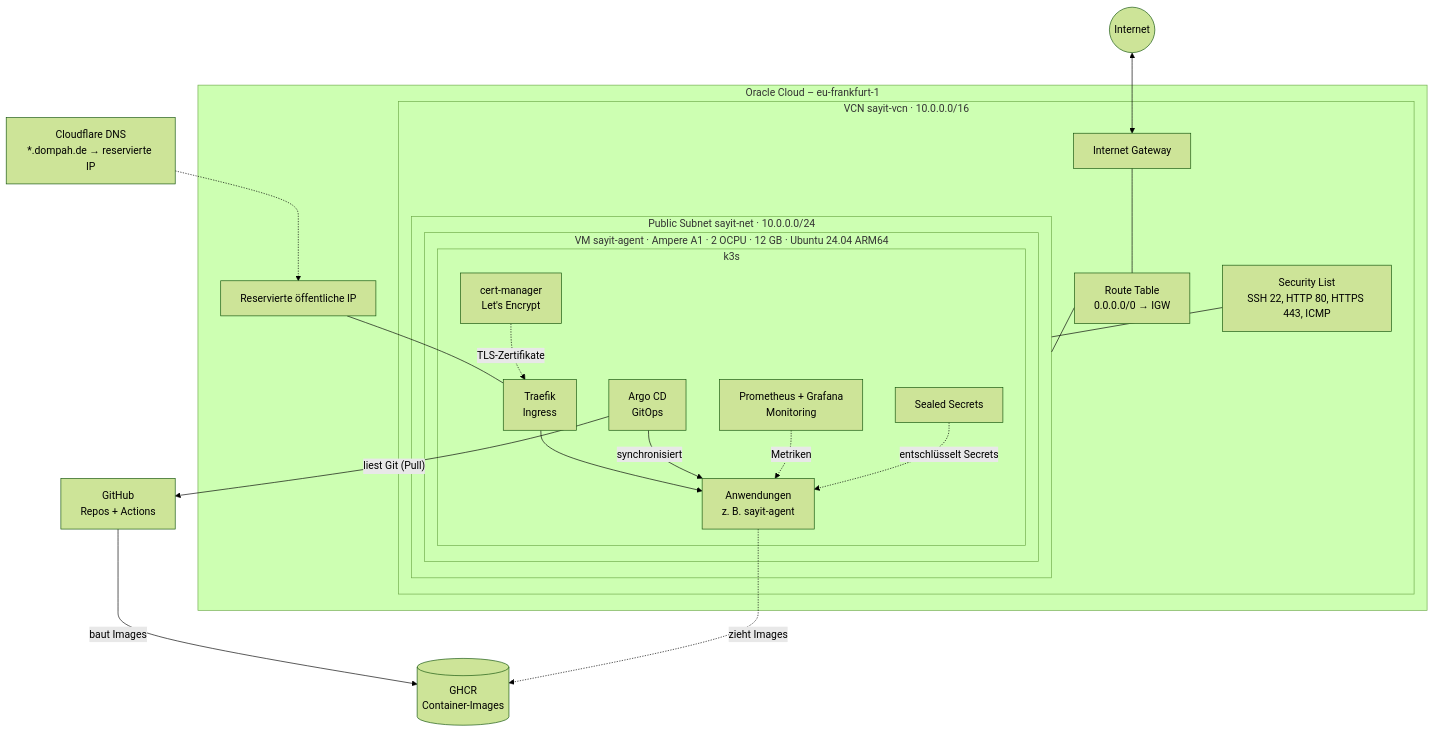
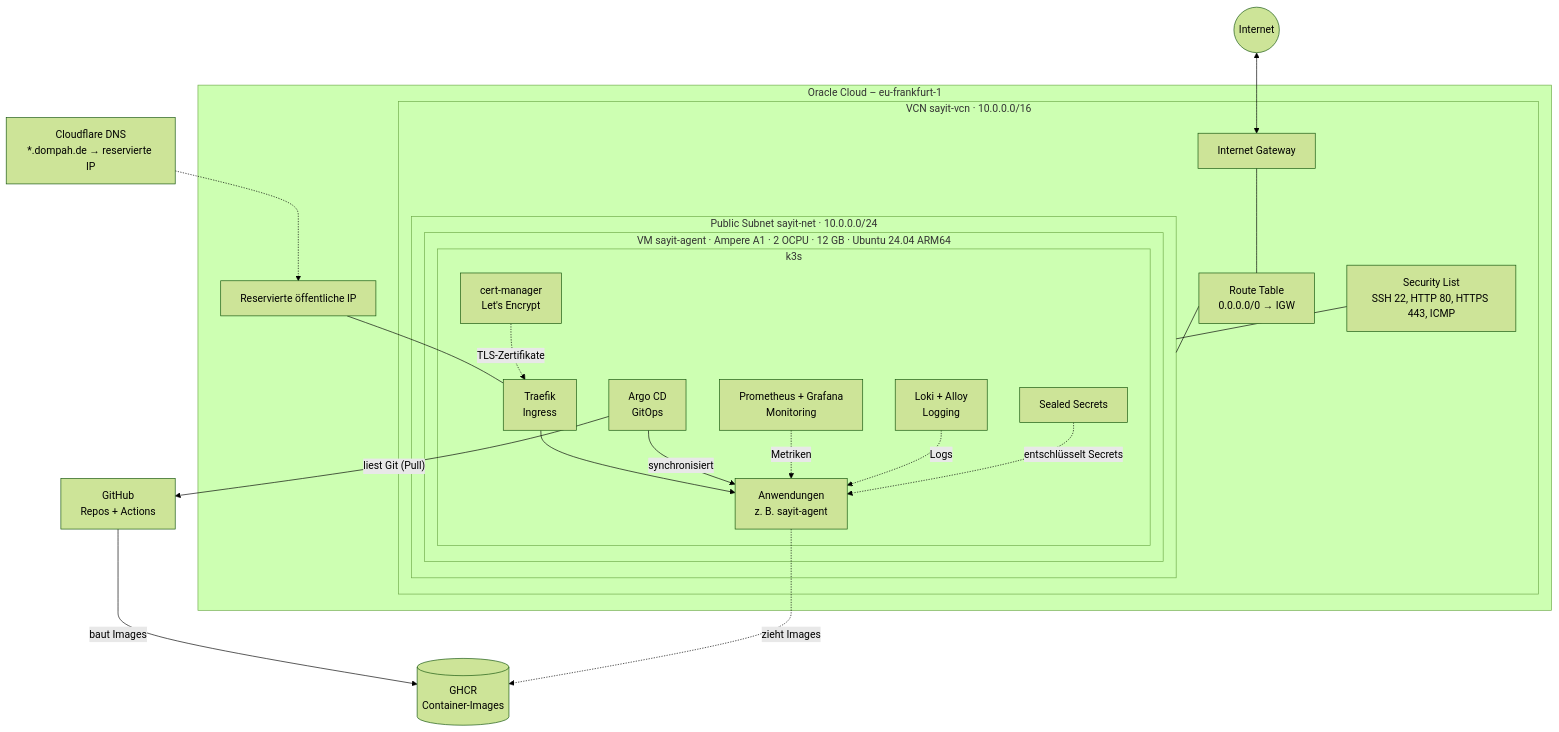
One commit to DomNicode/oracle-platform changed the first of 2 diagrams in README.md. Above: the diagram before and after it, drawn with Mermaid (forest theme). The commit also changed other lines of this file and 1 other file, not shown here.

Commit message:
README: Dokumentation logging + platform dok update

````diff
--- a/README.md
+++ b/README.md
@@ -12,45 +12,47 @@
 ```mermaid
 flowchart TB
     Internet((Internet))
 
     subgraph OCI["Oracle Cloud – eu-frankfurt-1"]
         subgraph VCN["VCN sayit-vcn · 10.0.0.0/16"]
             IGW[Internet Gateway]
             RT[Route Table<br/>0.0.0.0/0 → IGW]
             SL[Security List<br/>SSH 22, HTTP 80, HTTPS 443, ICMP]
 
             subgraph Subnet["Public Subnet sayit-net · 10.0.0.0/24"]
                 subgraph VM["VM sayit-agent · Ampere A1 · 2 OCPU · 12 GB · Ubuntu 24.04 ARM64"]
                     subgraph K3S["k3s"]
                         TR[Traefik<br/>Ingress]
                         CM[cert-manager<br/>Let's Encrypt]
                         ARGO[Argo CD<br/>GitOps]
                         SS[Sealed Secrets]
                         MON[Prometheus + Grafana<br/>Monitoring]
+                        LOG[Loki + Alloy<br/>Logging]
                         APPS[Anwendungen<br/>z. B. sayit-agent]
                     end
                 end
             end
         end
         IP[Reservierte öffentliche IP]
     end
 
     DNS["Cloudflare DNS<br/>*.dompah.de → reservierte IP"]
     GH["GitHub<br/>Repos + Actions"]
     GHCR[("GHCR<br/>Container-Images")]
 
     Internet <--> IGW
     DNS -.-> IP
     IGW --- RT
     RT --- Subnet
     SL --- Subnet
     IP --- TR
     TR --> APPS
     CM -. TLS-Zertifikate .-> TR
     GH -- "baut Images" --> GHCR
     ARGO -- "liest Git (Pull)" --> GH
     ARGO -- "synchronisiert" --> APPS
     APPS -. "zieht Images" .-> GHCR
     MON -. "Metriken" .-> APPS
+    LOG -. "Logs" .-> APPS
     SS -. "entschlüsselt Secrets" .-> APPS
 ```
````
